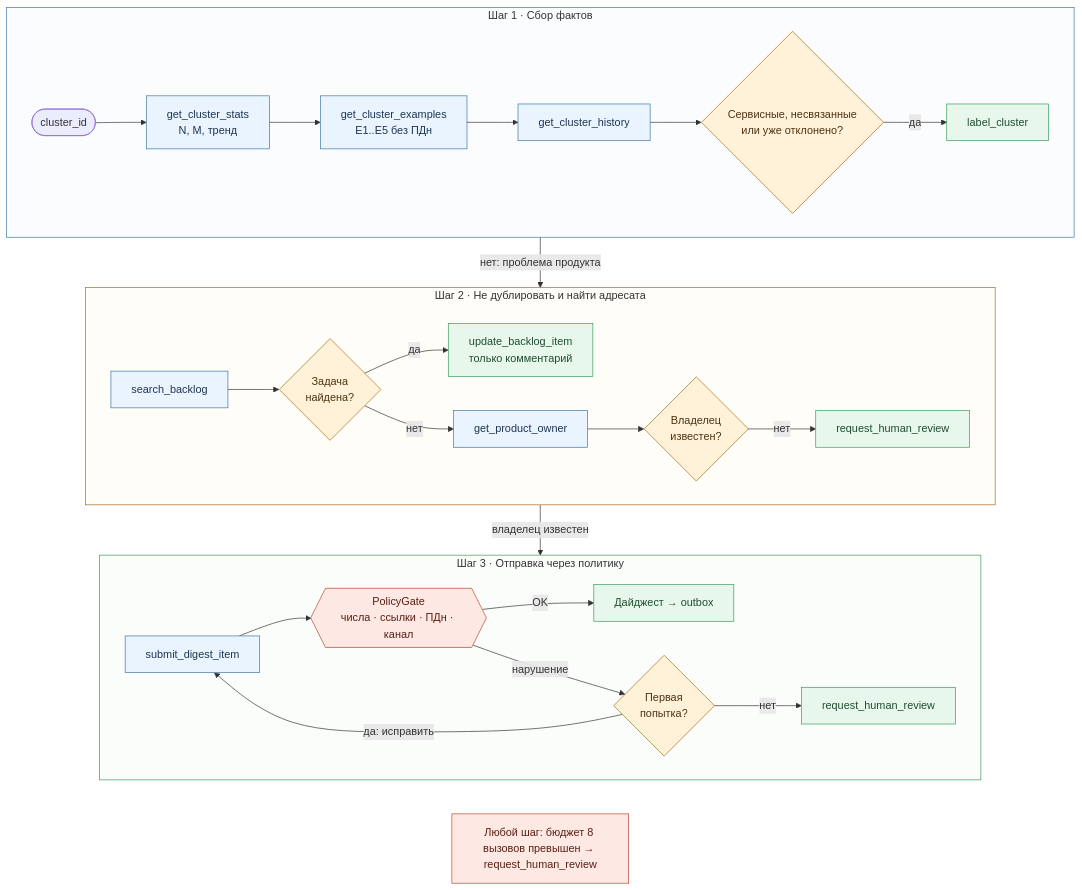
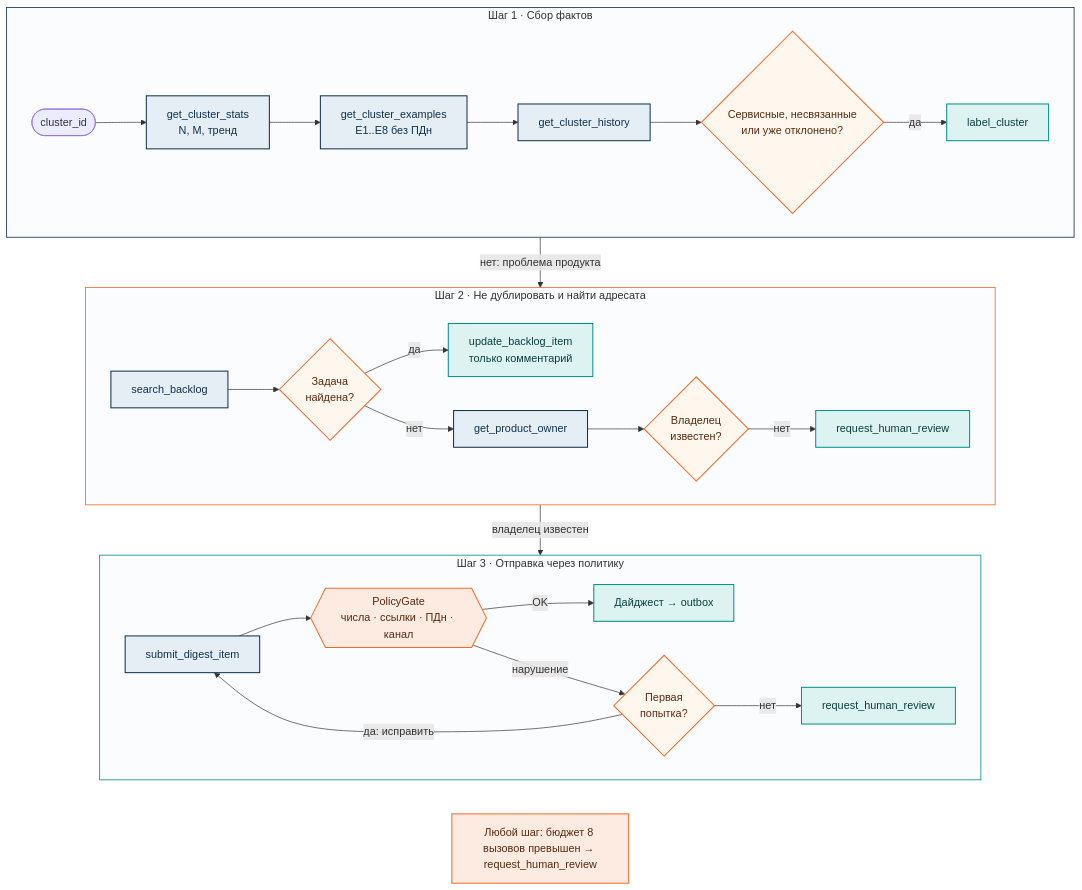
One commit to Gnod-do/ticket-triage-agent changed the diagram in docs/diagrams/03-agent-workflow.mmd. Above: the diagram before and after it, drawn with Mermaid. The commit also changed 69 other files, not shown here.

```diff
--- a/docs/diagrams/03-agent-workflow.mmd
+++ b/docs/diagrams/03-agent-workflow.mmd
@@ -1,41 +1,41 @@
 %% Алгоритм агента по одному кластеру: 4 возможных исхода, ≤ 8 вызовов инструментов
 flowchart TB
-  classDef tool fill:#eaf4ff,stroke:#3d76a2,color:#1e3554
-  classDef dec fill:#fff2d9,stroke:#a66b17,color:#4d3210
-  classDef out fill:#e7f7ec,stroke:#3a9b5c,color:#1f4d30
-  classDef gate fill:#fde8e4,stroke:#b4472e,color:#5a1f12
+  classDef tool fill:#E6EEF5,stroke:#10314C,color:#10314C,stroke-width:1.5px
+  classDef dec fill:#FFF6EE,stroke:#F56A2B,color:#5A2A10,stroke-width:1.5px
+  classDef out fill:#DDF3F2,stroke:#00918F,color:#0B3F3E,stroke-width:1.5px
+  classDef gate fill:#FDEBE1,stroke:#F56A2B,color:#5A2A10,stroke-width:1.5px
 
   subgraph A1["Шаг 1 · Сбор фактов"]
     direction LR
     S(["cluster_id"]) --> T1["get_cluster_stats<br/>N, M, тренд"]:::tool
-    T1 --> T2["get_cluster_examples<br/>E1..E5 без ПДн"]:::tool
+    T1 --> T2["get_cluster_examples<br/>E1..E8 без ПДн"]:::tool
     T2 --> T3["get_cluster_history"]:::tool
     T3 --> D1{"Сервисные, несвязанные<br/>или уже отклонено?"}:::dec
     D1 -->|"да"| L1["label_cluster"]:::out
   end
 
   subgraph A2["Шаг 2 · Не дублировать и найти адресата"]
     direction LR
     T4["search_backlog"]:::tool --> D3{"Задача<br/>найдена?"}:::dec
     D3 -->|"да"| L2["update_backlog_item<br/>только комментарий"]:::out
     D3 -->|"нет"| T5["get_product_owner"]:::tool
     T5 --> D4{"Владелец<br/>известен?"}:::dec
     D4 -->|"нет"| L4a["request_human_review"]:::out
   end
 
   subgraph A3["Шаг 3 · Отправка через политику"]
     direction LR
     T6["submit_digest_item"]:::tool --> G{{"PolicyGate<br/>числа · ссылки · ПДн · канал"}}:::gate
     G -->|"OK"| L3["Дайджест → outbox"]:::out
     G -->|"нарушение"| D5{"Первая<br/>попытка?"}:::dec
     D5 -->|"да: исправить"| T6
     D5 -->|"нет"| L4b["request_human_review"]:::out
   end
 
   A1 -->|"нет: проблема продукта"| A2
   A2 -->|"владелец известен"| A3
   B["Любой шаг: бюджет 8 вызовов превышен → request_human_review"]:::gate
   A3 ~~~ B
-  style A1 fill:#fbfcfe,stroke:#3d76a2
-  style A2 fill:#fffdf8,stroke:#a66b17
-  style A3 fill:#fbfdfb,stroke:#3a9b5c
+  style A1 fill:#FBFCFD,stroke:#10314C,stroke-width:1.2px
+  style A2 fill:#FBFCFD,stroke:#F56A2B,stroke-width:1.2px
+  style A3 fill:#FBFCFD,stroke:#00918F,stroke-width:1.2px
```
